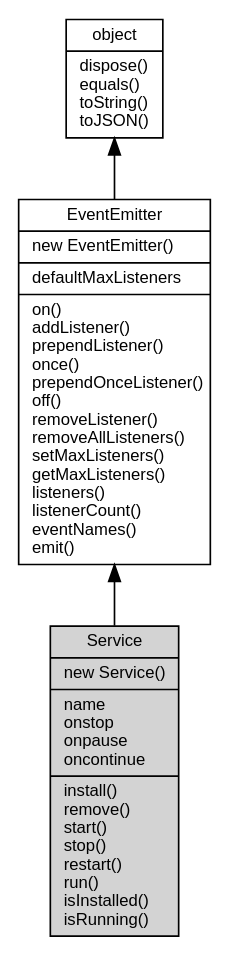
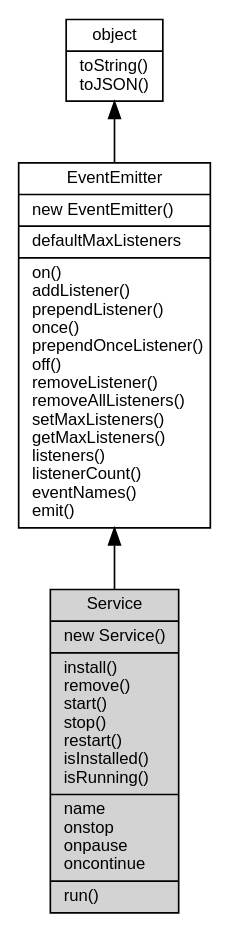
One commit to asionius/fibjs-ceph changed the diagram in docs/object/ifs/Service.md. Above: the diagram before and after it, drawn with Graphviz. The commit also changed other lines of this file and 138 other files, not shown here.

````diff
--- a/docs/object/ifs/Service.md
+++ b/docs/object/ifs/Service.md
@@ -5,12 +5,12 @@
 ```dot
 digraph {
     node [fontname="Helvetica,sans-Serif", fontsize=10, shape="record", style="filled", fillcolor="white"];
 
-    object [tooltip="object", URL="object.md", label="{object|dispose()\lequals()\ltoString()\ltoJSON()\l}"];
+    object [tooltip="object", URL="object.md", label="{object|toString()\ltoJSON()\l}"];
     EventEmitter [tooltip="EventEmitter", URL="EventEmitter.md", label="{EventEmitter|new EventEmitter()\l|defaultMaxListeners\l|on()\laddListener()\lprependListener()\lonce()\lprependOnceListener()\loff()\lremoveListener()\lremoveAllListeners()\lsetMaxListeners()\lgetMaxListeners()\llisteners()\llistenerCount()\leventNames()\lemit()\l}"];
-    Service [tooltip="Service", fillcolor="lightgray", label="{Service|new Service()\l|name\lonstop\lonpause\loncontinue\l|install()\lremove()\lstart()\lstop()\lrestart()\lrun()\lisInstalled()\lisRunning()\l}"];
+    Service [tooltip="Service", fillcolor="lightgray", id="me", label="{Service|new Service()\l|install()\lremove()\lstart()\lstop()\lrestart()\lisInstalled()\lisRunning()\l|name\lonstop\lonpause\loncontinue\l|run()\l}"];
 
     object -> EventEmitter [dir=back];
     EventEmitter -> Service [dir=back];
 }
 ```
````
